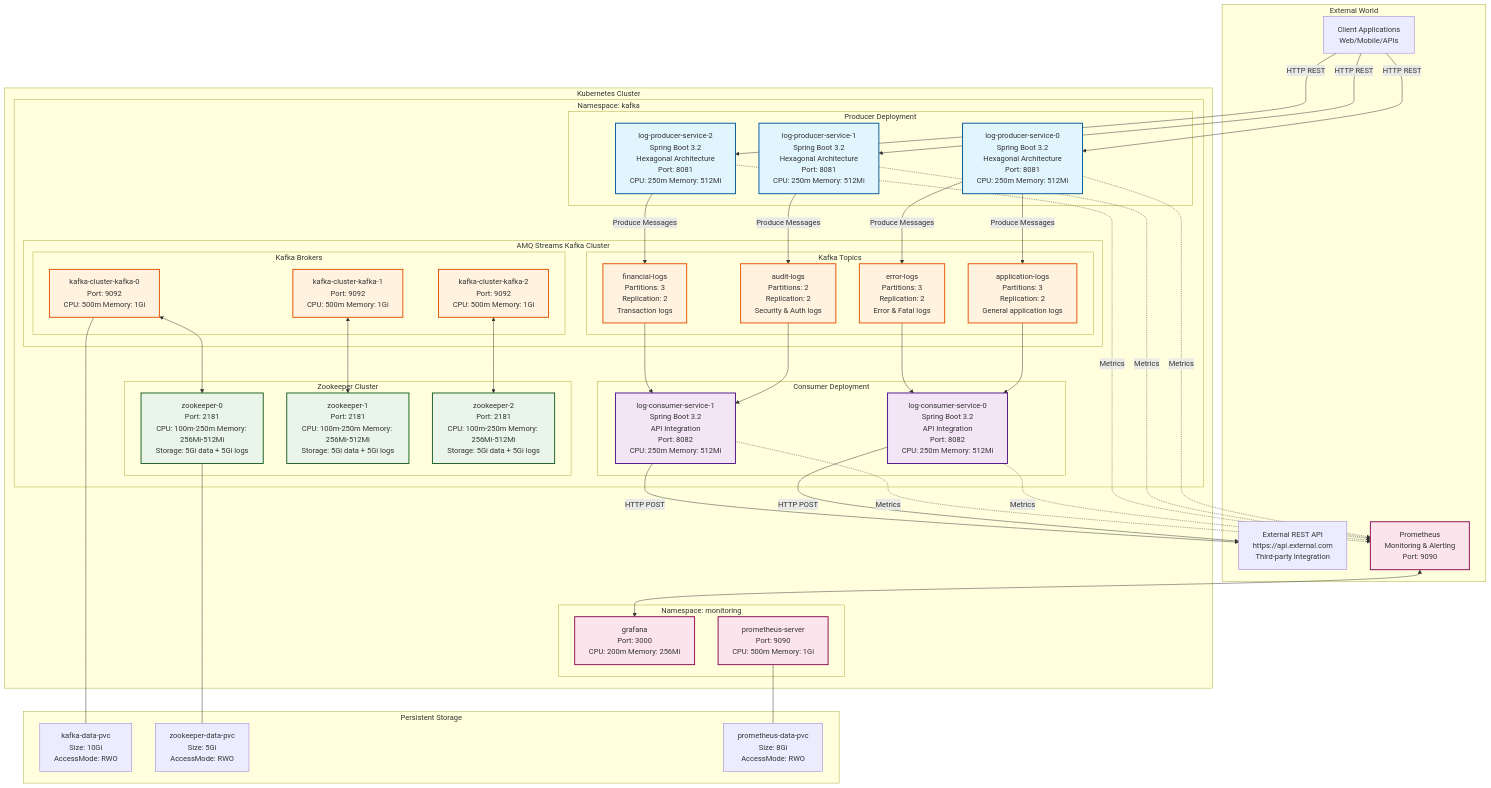
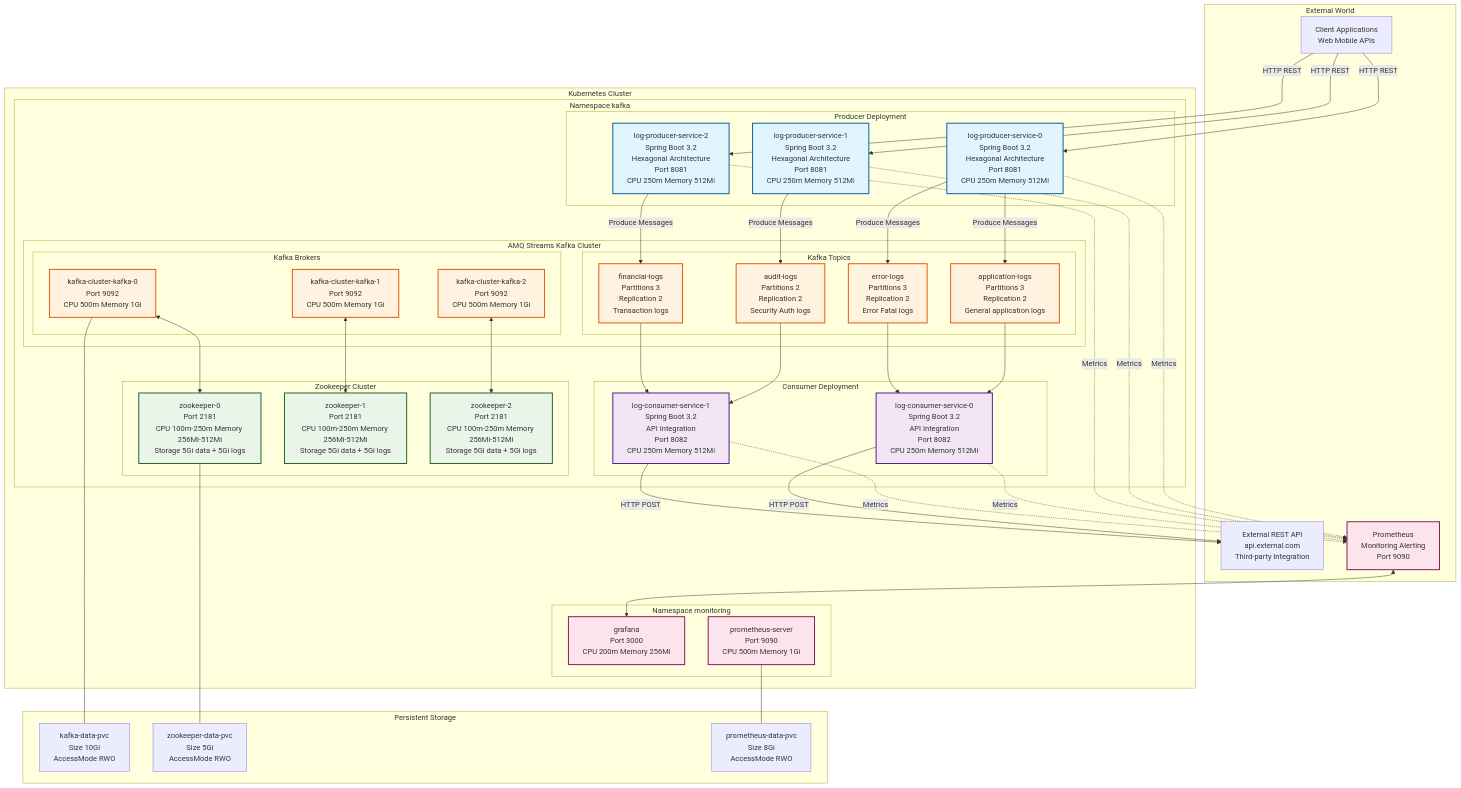
Before and after one commit to italo-costa/estudosKBNT_Kafka_Logs_V2_cleanCode: the first of 5 diagrams in docs/DIAGRAMAS_ARQUITETURA_COMPLETOS.md, drawn with Mermaid. The commit also changed other lines of this file, not shown here.

Commit message:
fix: Complete Mermaid syntax cleanup for all diagrams
 Fixed All Remaining Parse Errors:
- Removed ALL colons (:) from node labels and subgraph names
- Eliminated parentheses () from message labels in sequence diagrams
- Cleaned URLs removing problematic https:// syntax
- Replaced forward slashes (/) with spaces in API endpoints
- Converted 'Namespace: kafka' to 'Namespace kafka'

 Specific Character Replacements:
- 'Port: 9090'  'Port 9090'
- 'CPU: 250m'  'CPU 250m'
- 'POST /api/logs (Request)'  'POST /api/logs Request'
- 'https://api.external.com'  'api.external.com'
- '(External Integration)'  'External Integration'
- 'Size: 10Gi'  'Size 10Gi'

 Result: All 5 Mermaid diagrams now use only GitHub-safe syntax
 Maintained complete technical accuracy and architectural details

````diff
--- a/docs/DIAGRAMAS_ARQUITETURA_COMPLETOS.md
+++ b/docs/DIAGRAMAS_ARQUITETURA_COMPLETOS.md
@@ -7,56 +7,56 @@
 ```mermaid
 graph TB
     subgraph "External World"
-        CLIENT[Client Applications<br/>Web/Mobile/APIs]
-        EXT_API[External REST API<br/>https://api.external.com<br/>Third-party Integration]
-        PROMETHEUS[Prometheus<br/>Monitoring & Alerting<br/>Port: 9090]
+        CLIENT[Client Applications<br/>Web Mobile APIs]
+        EXT_API[External REST API<br/>api.external.com<br/>Third-party Integration]
+        PROMETHEUS[Prometheus<br/>Monitoring Alerting<br/>Port 9090]
     end
     
     subgraph "Kubernetes Cluster"
-        subgraph "Namespace: kafka"
+        subgraph "Namespace kafka"
             subgraph "Producer Deployment"
-                PROD_POD1[log-producer-service-0<br/>Spring Boot 3.2<br/>Hexagonal Architecture<br/>Port: 8081<br/>CPU: 250m Memory: 512Mi]
-                PROD_POD2[log-producer-service-1<br/>Spring Boot 3.2<br/>Hexagonal Architecture<br/>Port: 8081<br/>CPU: 250m Memory: 512Mi]
-                PROD_POD3[log-producer-service-2<br/>Spring Boot 3.2<br/>Hexagonal Architecture<br/>Port: 8081<br/>CPU: 250m Memory: 512Mi]
+                PROD_POD1[log-producer-service-0<br/>Spring Boot 3.2<br/>Hexagonal Architecture<br/>Port 8081<br/>CPU 250m Memory 512Mi]
+                PROD_POD2[log-producer-service-1<br/>Spring Boot 3.2<br/>Hexagonal Architecture<br/>Port 8081<br/>CPU 250m Memory 512Mi]
+                PROD_POD3[log-producer-service-2<br/>Spring Boot 3.2<br/>Hexagonal Architecture<br/>Port 8081<br/>CPU 250m Memory 512Mi]
             end
             
             subgraph "AMQ Streams Kafka Cluster"
                 subgraph "Kafka Topics"
-                    T1[application-logs<br/>Partitions: 3<br/>Replication: 2<br/>General application logs]
-                    T2[error-logs<br/>Partitions: 3<br/>Replication: 2<br/>Error & Fatal logs]
-                    T3[audit-logs<br/>Partitions: 2<br/>Replication: 2<br/>Security & Auth logs]
-                    T4[financial-logs<br/>Partitions: 3<br/>Replication: 2<br/>Transaction logs]
+                    T1[application-logs<br/>Partitions 3<br/>Replication 2<br/>General application logs]
+                    T2[error-logs<br/>Partitions 3<br/>Replication 2<br/>Error Fatal logs]
+                    T3[audit-logs<br/>Partitions 2<br/>Replication 2<br/>Security Auth logs]
+                    T4[financial-logs<br/>Partitions 3<br/>Replication 2<br/>Transaction logs]
                 end
                 
                 subgraph "Kafka Brokers"
-                    KAFKA1[kafka-cluster-kafka-0<br/>Port: 9092<br/>CPU: 500m Memory: 1Gi]
-                    KAFKA2[kafka-cluster-kafka-1<br/>Port: 9092<br/>CPU: 500m Memory: 1Gi]
-                    KAFKA3[kafka-cluster-kafka-2<br/>Port: 9092<br/>CPU: 500m Memory: 1Gi]
+                    KAFKA1[kafka-cluster-kafka-0<br/>Port 9092<br/>CPU 500m Memory 1Gi]
+                    KAFKA2[kafka-cluster-kafka-1<br/>Port 9092<br/>CPU 500m Memory 1Gi]
+                    KAFKA3[kafka-cluster-kafka-2<br/>Port 9092<br/>CPU 500m Memory 1Gi]
                 end
             end
             
             subgraph "Consumer Deployment"
-                CONS_POD1[log-consumer-service-0<br/>Spring Boot 3.2<br/>API Integration<br/>Port: 8082<br/>CPU: 250m Memory: 512Mi]
-                CONS_POD2[log-consumer-service-1<br/>Spring Boot 3.2<br/>API Integration<br/>Port: 8082<br/>CPU: 250m Memory: 512Mi]
+                CONS_POD1[log-consumer-service-0<br/>Spring Boot 3.2<br/>API Integration<br/>Port 8082<br/>CPU 250m Memory 512Mi]
+                CONS_POD2[log-consumer-service-1<br/>Spring Boot 3.2<br/>API Integration<br/>Port 8082<br/>CPU 250m Memory 512Mi]
             end
             
             subgraph "Zookeeper Cluster"
-                ZK1[zookeeper-0<br/>Port: 2181<br/>CPU: 100m-250m Memory: 256Mi-512Mi<br/>Storage: 5Gi data + 5Gi logs]
-                ZK2[zookeeper-1<br/>Port: 2181<br/>CPU: 100m-250m Memory: 256Mi-512Mi<br/>Storage: 5Gi data + 5Gi logs]
-                ZK3[zookeeper-2<br/>Port: 2181<br/>CPU: 100m-250m Memory: 256Mi-512Mi<br/>Storage: 5Gi data + 5Gi logs]
+                ZK1[zookeeper-0<br/>Port 2181<br/>CPU 100m-250m Memory 256Mi-512Mi<br/>Storage 5Gi data + 5Gi logs]
+                ZK2[zookeeper-1<br/>Port 2181<br/>CPU 100m-250m Memory 256Mi-512Mi<br/>Storage 5Gi data + 5Gi logs]
+                ZK3[zookeeper-2<br/>Port 2181<br/>CPU 100m-250m Memory 256Mi-512Mi<br/>Storage 5Gi data + 5Gi logs]
             end
         end
         
-        subgraph "Namespace: monitoring"
-            GRAFANA[grafana<br/>Port: 3000<br/>CPU: 200m Memory: 256Mi]
-            PROM_SERVER[prometheus-server<br/>Port: 9090<br/>CPU: 500m Memory: 1Gi]
+        subgraph "Namespace monitoring"
+            GRAFANA[grafana<br/>Port 3000<br/>CPU 200m Memory 256Mi]
+            PROM_SERVER[prometheus-server<br/>Port 9090<br/>CPU 500m Memory 1Gi]
         end
     end
     
     subgraph "Persistent Storage"
-        PV1[kafka-data-pvc<br/>Size: 10Gi<br/>AccessMode: RWO]
-        PV2[zookeeper-data-pvc<br/>Size: 5Gi<br/>AccessMode: RWO]
-        PV3[prometheus-data-pvc<br/>Size: 8Gi<br/>AccessMode: RWO]
+        PV1[kafka-data-pvc<br/>Size 10Gi<br/>AccessMode RWO]
+        PV2[zookeeper-data-pvc<br/>Size 5Gi<br/>AccessMode RWO]
+        PV3[prometheus-data-pvc<br/>Size 8Gi<br/>AccessMode RWO]
     end
 
     CLIENT -->|HTTP REST| PROD_POD1
````
